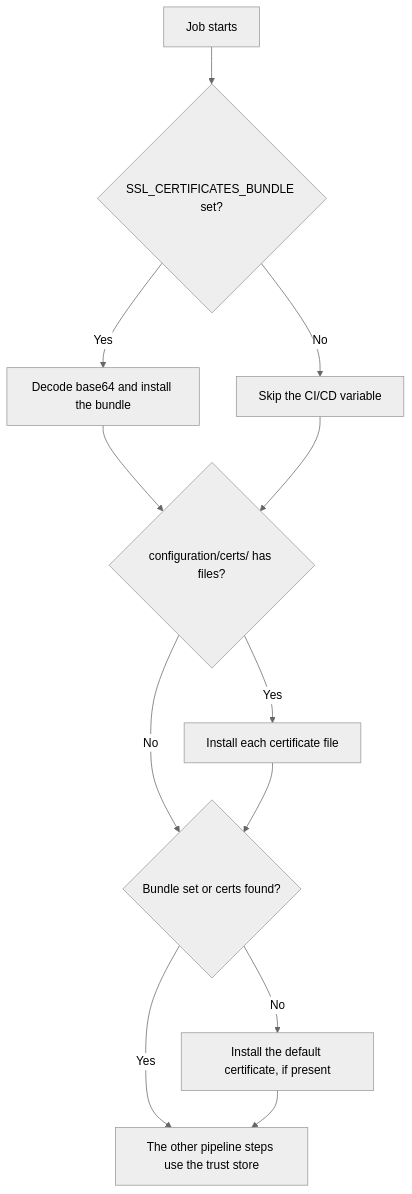
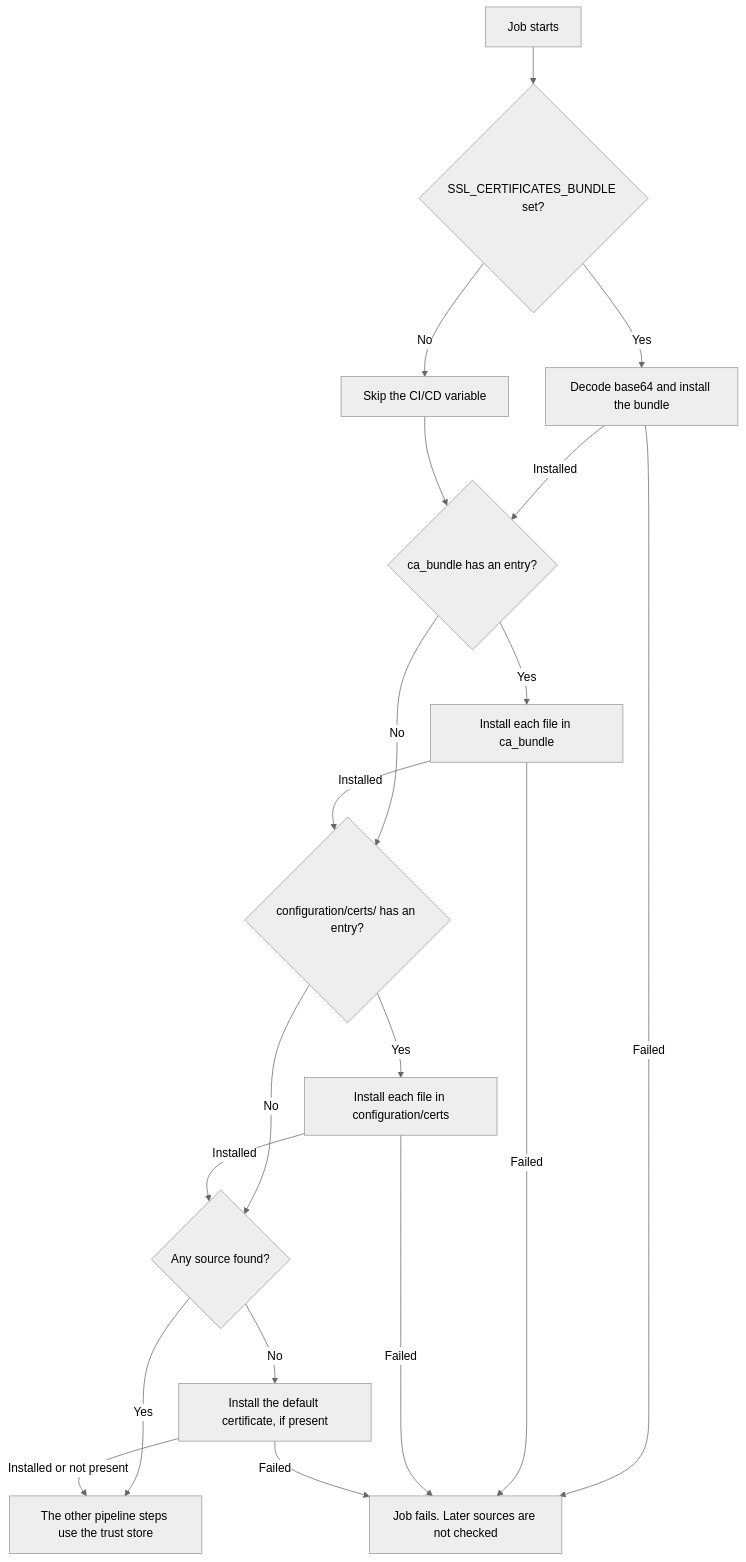
The diagram in docs/features/system-certificate.md (Netcracker/qubership-envgene), drawn with Mermaid (neutral theme) before and after one commit. The commit also changed other lines of this file and 3 other files, not shown here.

First line of the commit message:
docs: add system certificate docs for multiple source support (#1524)

````diff
--- a/docs/features/system-certificate.md
+++ b/docs/features/system-certificate.md
@@ -55,14 +58,21 @@
 ```mermaid
 flowchart TD
     A[Job starts] --> B{SSL_CERTIFICATES_BUNDLE set?}
     B -->|Yes| C[Decode base64 and install the bundle]
     B -->|No| D[Skip the CI/CD variable]
-    C --> E{configuration/certs/ has files?}
+    C -->|Installed| E{ca_bundle has an entry?}
+    C -->|Failed| X[Job fails. Later sources are not checked]
     D --> E
-    E -->|Yes| F[Install each certificate file]
-    E -->|No| G{Bundle set or certs found?}
-    F --> G
-    G -->|No| H[Install the default certificate, if present]
-    G -->|Yes| J[The other pipeline steps use the trust store]
-    H --> J
+    E -->|Yes| F[Install each file in ca_bundle]
+    E -->|No| G{configuration/certs/ has an entry?}
+    F -->|Installed| G
+    F -->|Failed| X
+    G -->|Yes| H[Install each file in configuration/certs]
+    G -->|No| I{Any source found?}
+    H -->|Installed| I
+    H -->|Failed| X
+    I -->|No| J[Install the default certificate, if present]
+    I -->|Yes| K[The other pipeline steps use the trust store]
+    J -->|Installed or not present| K
+    J -->|Failed| X
 ```
````
